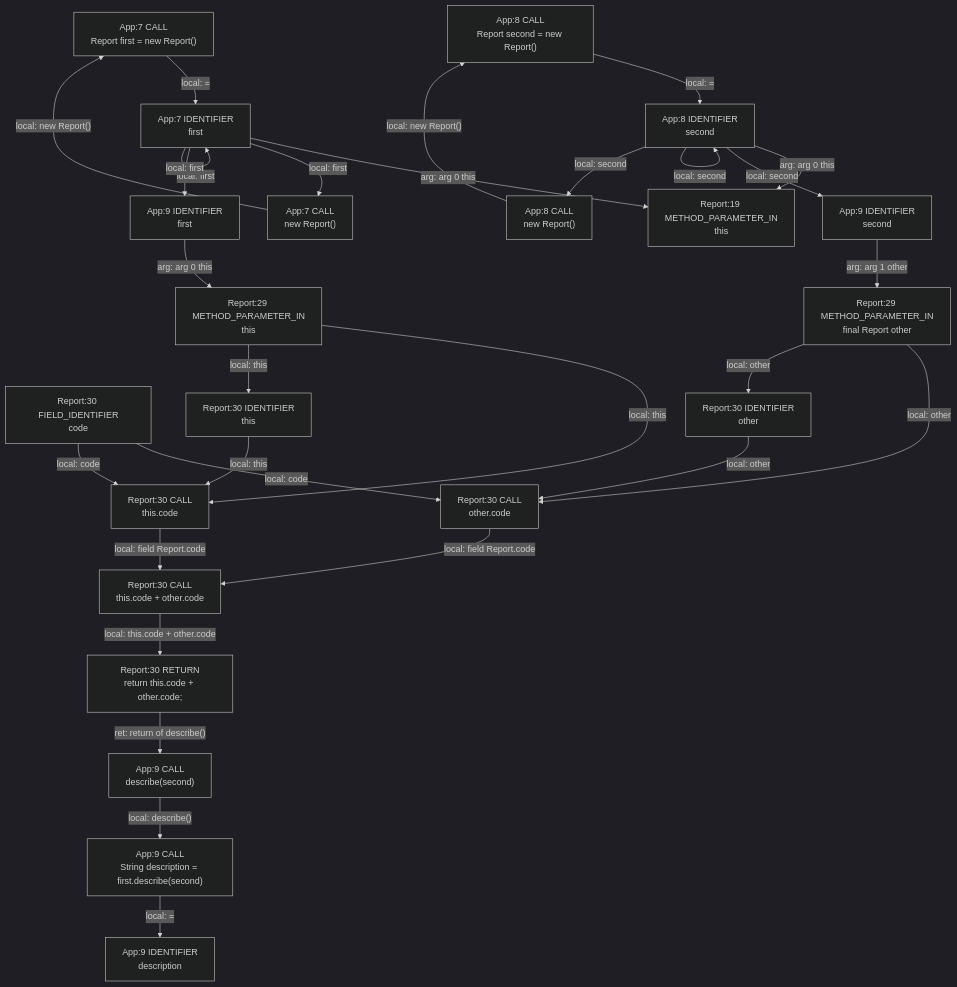
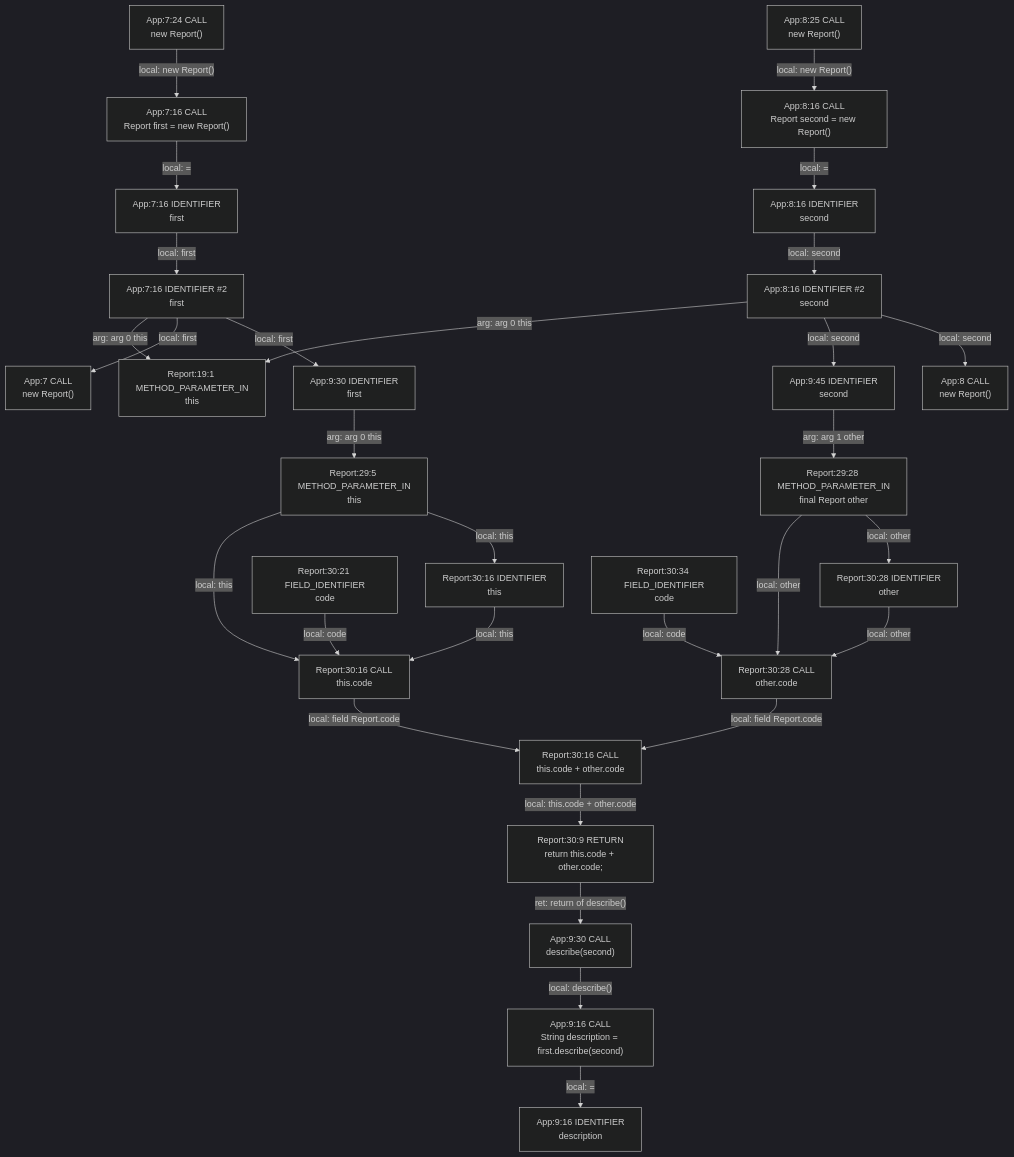
The diagram in app/src/test/resources/inheritedField/spike-truth.md (gstiebler/codeflow), drawn with Mermaid (dark theme) before and after one commit. The commit also changed 154 other files, not shown here.

````diff
--- a/app/src/test/resources/inheritedField/spike-truth.md
+++ b/app/src/test/resources/inheritedField/spike-truth.md
@@ -3,52 +3,57 @@
 ```mermaid
 flowchart TD
-  n0["App:7 CALL<br/>Report first = new Report()"]
-  n1["App:7 CALL<br/>new Report()"]
-  n2["App:7 IDENTIFIER<br/>first"]
-  n3["App:8 CALL<br/>Report second = new Report()"]
-  n4["App:8 CALL<br/>new Report()"]
-  n5["App:8 IDENTIFIER<br/>second"]
-  n6["App:9 CALL<br/>String description = first.describe(second)"]
-  n7["App:9 CALL<br/>describe(second)"]
-  n8["App:9 IDENTIFIER<br/>description"]
-  n9["App:9 IDENTIFIER<br/>first"]
-  n10["App:9 IDENTIFIER<br/>second"]
-  n11["Report:19 METHOD_PARAMETER_IN<br/>this"]
-  n12["Report:29 METHOD_PARAMETER_IN<br/>final Report other"]
-  n13["Report:29 METHOD_PARAMETER_IN<br/>this"]
-  n14["Report:30 CALL<br/>other.code"]
-  n15["Report:30 CALL<br/>this.code"]
-  n16["Report:30 CALL<br/>this.code + other.code"]
-  n17["Report:30 FIELD_IDENTIFIER<br/>code"]
-  n18["Report:30 IDENTIFIER<br/>other"]
-  n19["Report:30 IDENTIFIER<br/>this"]
-  n20["Report:30 RETURN<br/>return this.code + other.code;"]
-  n0 -->|"local: ="| n2
-  n1 -->|"local: new Report()"| n0
-  n10 -->|"arg: arg 1 other"| n12
-  n12 -->|"local: other"| n14
-  n12 -->|"local: other"| n18
-  n13 -->|"local: this"| n15
-  n13 -->|"local: this"| n19
-  n14 -->|"local: field Report.code"| n16
-  n15 -->|"local: field Report.code"| n16
-  n16 -->|"local: this.code + other.code"| n20
-  n17 -->|"local: code"| n14
-  n17 -->|"local: code"| n15
-  n18 -->|"local: other"| n14
-  n19 -->|"local: this"| n15
-  n2 -->|"arg: arg 0 this"| n11
-  n2 -->|"local: first"| n1
-  n2 -->|"local: first"| n2
-  n2 -->|"local: first"| n9
-  n20 -->|"ret: return of describe()"| n7
-  n3 -->|"local: ="| n5
-  n4 -->|"local: new Report()"| n3
-  n5 -->|"arg: arg 0 this"| n11
-  n5 -->|"local: second"| n10
-  n5 -->|"local: second"| n4
-  n5 -->|"local: second"| n5
+  n0["App:7 CALL<br/>new Report()"]
+  n1["App:7:16 CALL<br/>Report first = new Report()"]
+  n2["App:7:16 IDENTIFIER #2<br/>first"]
+  n3["App:7:16 IDENTIFIER<br/>first"]
+  n4["App:7:24 CALL<br/>new Report()"]
+  n5["App:8 CALL<br/>new Report()"]
+  n6["App:8:16 CALL<br/>Report second = new Report()"]
+  n7["App:8:16 IDENTIFIER #2<br/>second"]
+  n8["App:8:16 IDENTIFIER<br/>second"]
+  n9["App:8:25 CALL<br/>new Report()"]
+  n10["App:9:16 CALL<br/>String description = first.describe(second)"]
+  n11["App:9:16 IDENTIFIER<br/>description"]
+  n12["App:9:30 CALL<br/>describe(second)"]
+  n13["App:9:30 IDENTIFIER<br/>first"]
+  n14["App:9:45 IDENTIFIER<br/>second"]
+  n15["Report:19:1 METHOD_PARAMETER_IN<br/>this"]
+  n16["Report:29:28 METHOD_PARAMETER_IN<br/>final Report other"]
+  n17["Report:29:5 METHOD_PARAMETER_IN<br/>this"]
+  n18["Report:30:16 CALL<br/>this.code"]
+  n19["Report:30:16 CALL<br/>this.code + other.code"]
+  n20["Report:30:16 IDENTIFIER<br/>this"]
+  n21["Report:30:21 FIELD_IDENTIFIER<br/>code"]
+  n22["Report:30:28 CALL<br/>other.code"]
+  n23["Report:30:28 IDENTIFIER<br/>other"]
+  n24["Report:30:34 FIELD_IDENTIFIER<br/>code"]
+  n25["Report:30:9 RETURN<br/>return this.code + other.code;"]
+  n1 -->|"local: ="| n3
+  n10 -->|"local: ="| n11
+  n12 -->|"local: describe()"| n10
+  n13 -->|"arg: arg 0 this"| n17
+  n14 -->|"arg: arg 1 other"| n16
+  n16 -->|"local: other"| n22
+  n16 -->|"local: other"| n23
+  n17 -->|"local: this"| n18
+  n17 -->|"local: this"| n20
+  n18 -->|"local: field Report.code"| n19
+  n19 -->|"local: this.code + other.code"| n25
+  n2 -->|"arg: arg 0 this"| n15
+  n2 -->|"local: first"| n0
+  n2 -->|"local: first"| n13
+  n20 -->|"local: this"| n18
+  n21 -->|"local: code"| n18
+  n22 -->|"local: field Report.code"| n19
+  n23 -->|"local: other"| n22
+  n24 -->|"local: code"| n22
+  n25 -->|"ret: return of describe()"| n12
+  n3 -->|"local: first"| n2
+  n4 -->|"local: new Report()"| n1
   n6 -->|"local: ="| n8
-  n7 -->|"local: describe()"| n6
-  n9 -->|"arg: arg 0 this"| n13
+  n7 -->|"arg: arg 0 this"| n15
+  n7 -->|"local: second"| n14
+  n7 -->|"local: second"| n5
+  n8 -->|"local: second"| n7
+  n9 -->|"local: new Report()"| n6
 ```
````
